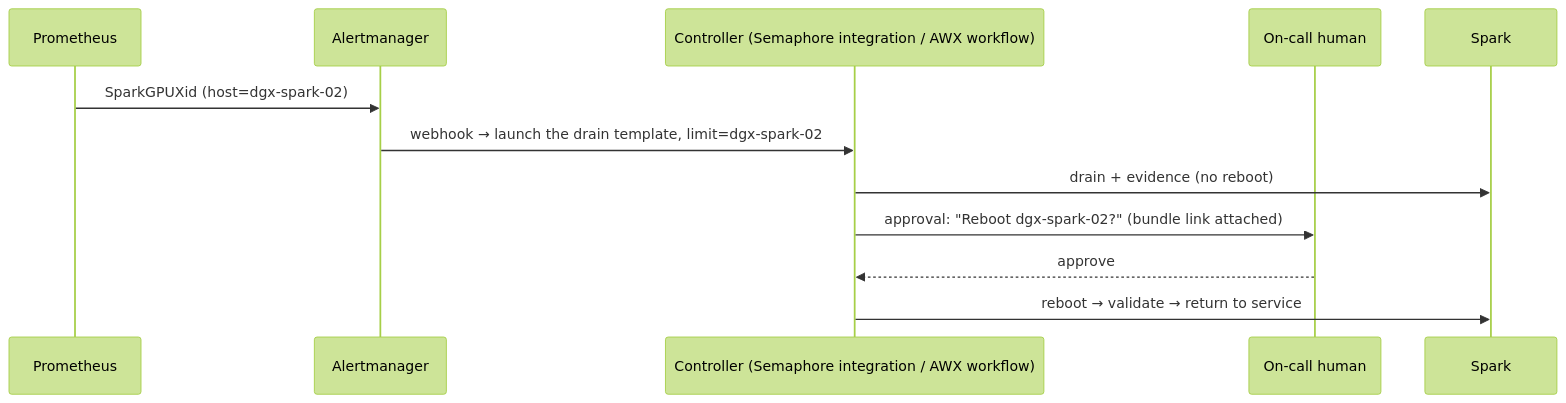
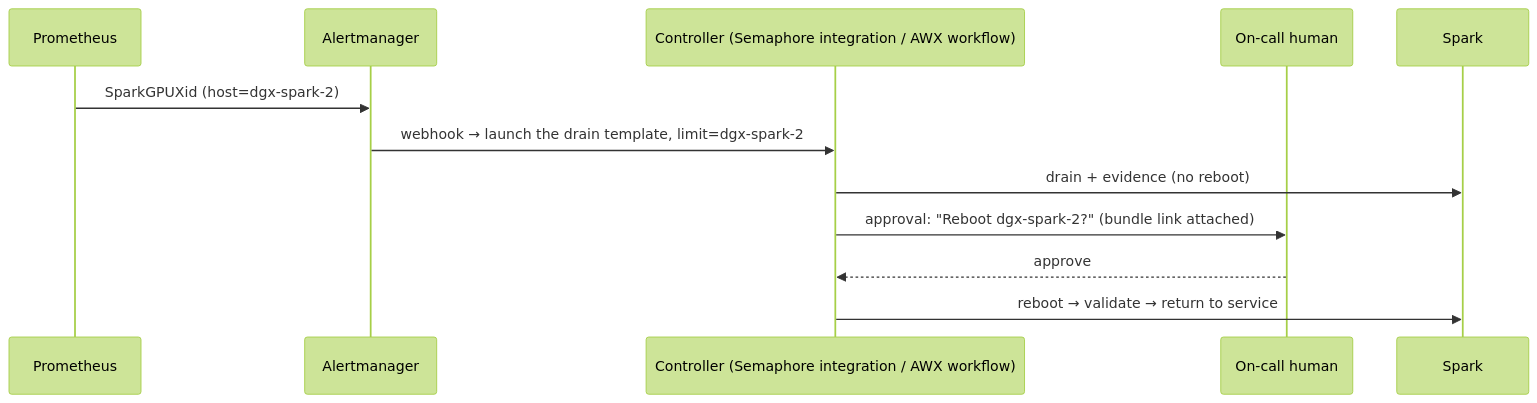
Before and after one commit to cloudone365/technical-depth: the second of 2 diagrams in 01 Ansible/24-cluster-wide-emergency-drain-and-remediation.md, drawn with Mermaid (forest theme). The commit also changed other lines of this file and 91 other files, not shown here.

First line of the commit message:
Rename the Spark hosts to dgx-spark-1 / dgx-spark-2

````diff
--- a/01 Ansible/24-cluster-wide-emergency-drain-and-remediation.md
+++ b/01 Ansible/24-cluster-wide-emergency-drain-and-remediation.md
@@ -375,14 +375,14 @@
 ```mermaid
 sequenceDiagram
   participant P as Prometheus
   participant AM as Alertmanager
   participant AWX as Controller (Semaphore integration / AWX workflow)
   participant OPS as On-call human
   participant S as Spark
-  P->>AM: SparkGPUXid (host=dgx-spark-02)
-  AM->>AWX: webhook → launch the drain template, limit=dgx-spark-02
+  P->>AM: SparkGPUXid (host=dgx-spark-2)
+  AM->>AWX: webhook → launch the drain template, limit=dgx-spark-2
   AWX->>S: drain + evidence (no reboot)
-  AWX->>OPS: approval: "Reboot dgx-spark-02?" (bundle link attached)
+  AWX->>OPS: approval: "Reboot dgx-spark-2?" (bundle link attached)
   OPS-->>AWX: approve
   AWX->>S: reboot → validate → return to service
 ```
````
